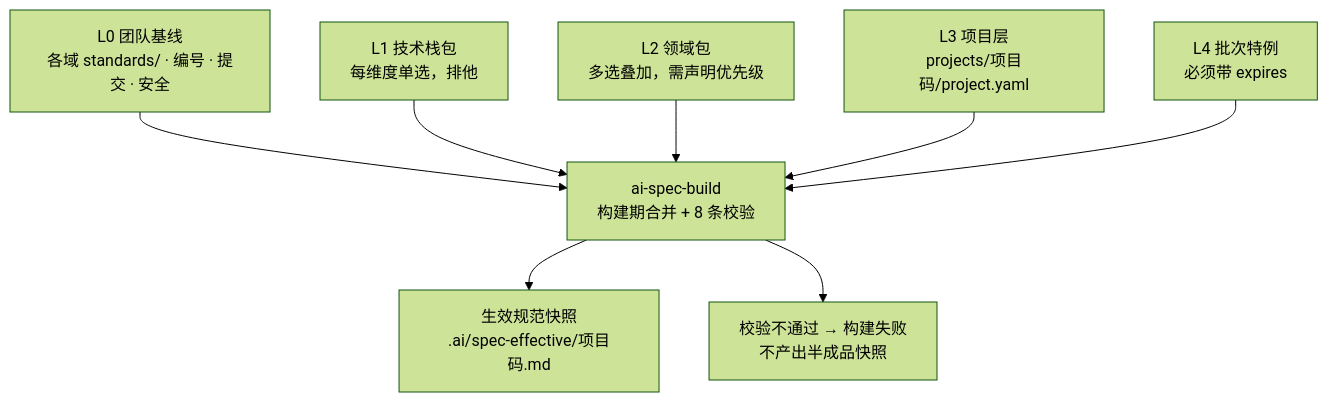
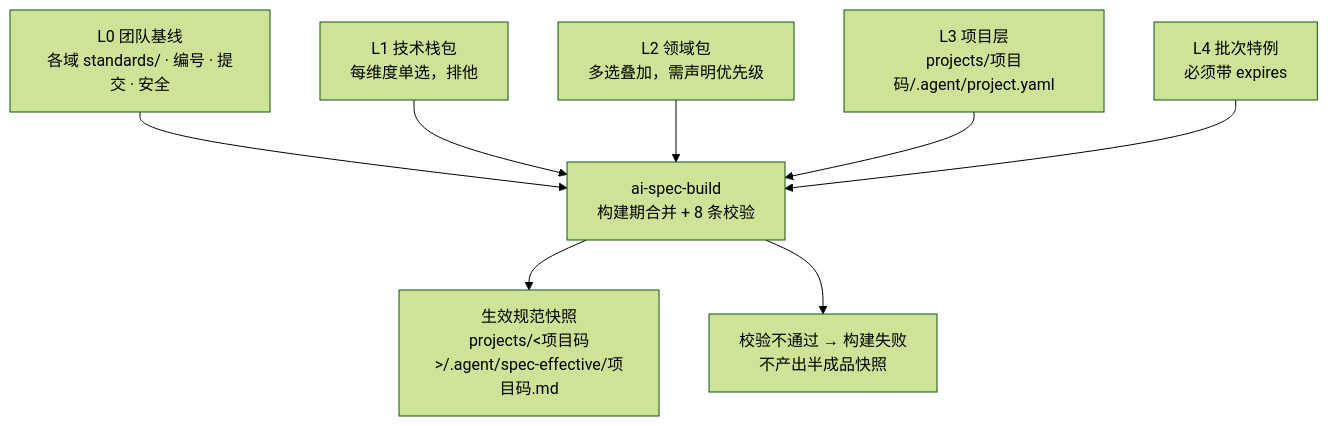
One commit to lichengqun-dev/ai-work-spec changed the diagram in README.md. Above: the diagram before and after it, drawn with Mermaid (forest theme). The commit also changed other lines of this file and 208 other files, not shown here.

````diff
--- a/README.md
+++ b/README.md
@@ -34,19 +34,19 @@
 ```mermaid
 graph TD
     B["L0 团队基线<br/>各域 standards/ · 编号 · 提交 · 安全"]
     S["L1 技术栈包<br/>每维度单选，排他"]
     D["L2 领域包<br/>多选叠加，需声明优先级"]
-    P["L3 项目层<br/>projects/项目码/project.yaml"]
+    P["L3 项目层<br/>projects/项目码/.agent/project.yaml"]
     X["L4 批次特例<br/>必须带 expires"]
     BUILD["ai-spec-build<br/>构建期合并 + 8 条校验"]
-    SNAP["生效规范快照<br/>.ai/spec-effective/项目码.md"]
+    SNAP["生效规范快照<br/>projects/<项目码>/.agent/spec-effective/项目码.md"]
     FAIL["校验不通过 → 构建失败<br/>不产出半成品快照"]
 
     B --> BUILD
     S --> BUILD
     D --> BUILD
     P --> BUILD
     X --> BUILD
     BUILD --> SNAP
     BUILD --> FAIL
 ```
````
